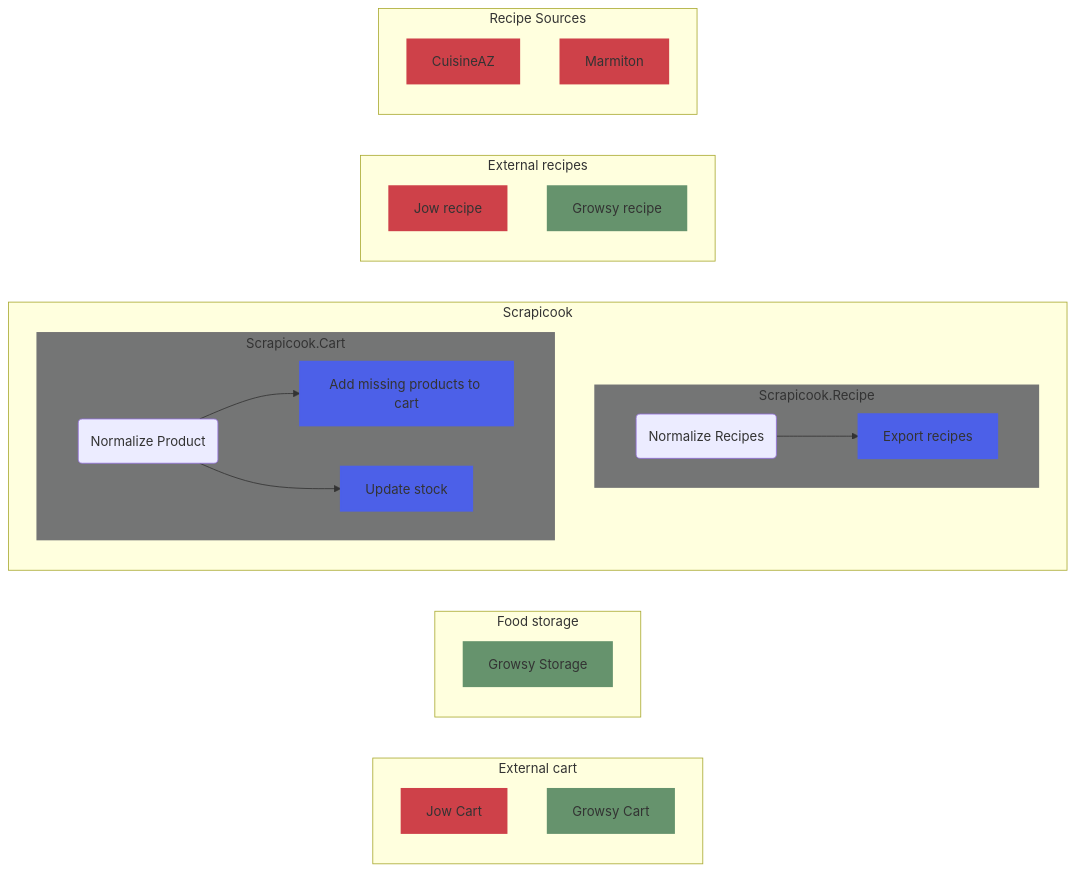
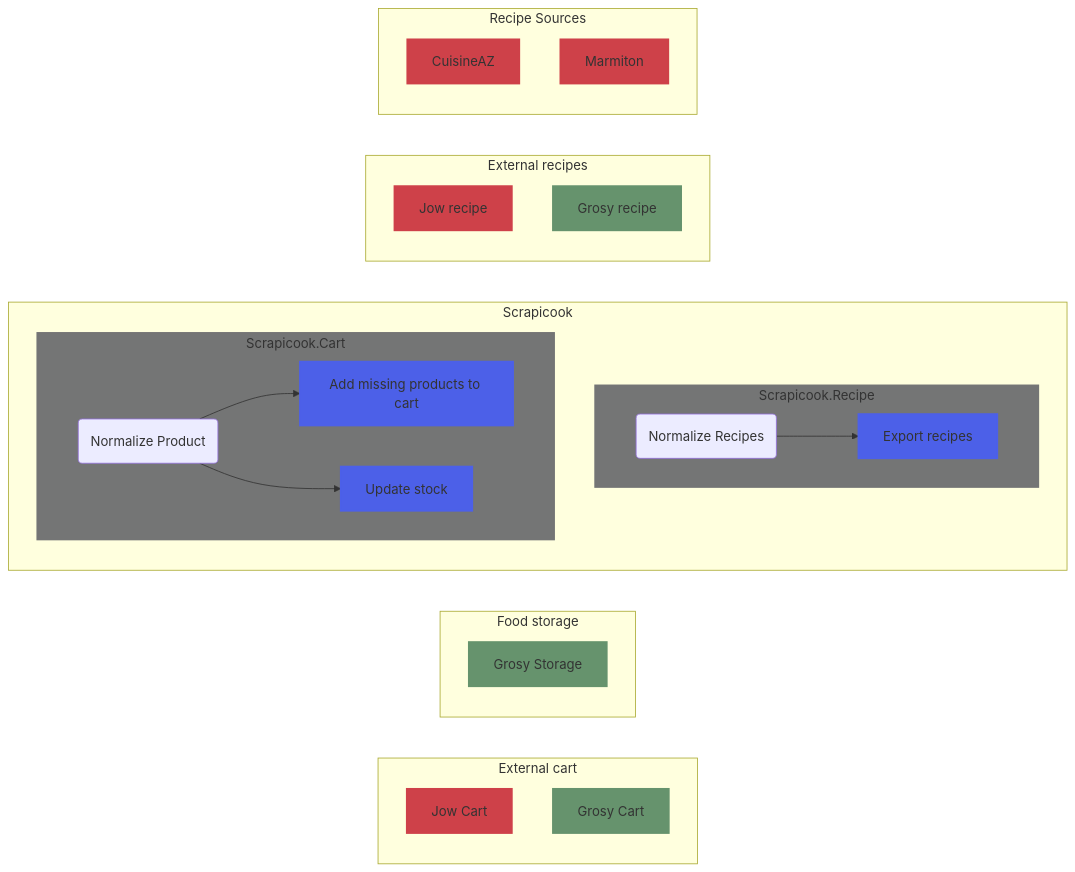
One commit to vincentbattez/Scrapicook changed the first of 5 diagrams in readme.md. Above: the diagram before and after it, drawn with Mermaid. The commit also changed other lines of this file and 39 other files, not shown here.

````diff
--- a/readme.md
+++ b/readme.md
@@ -2,58 +2,58 @@
 ```mermaid
 graph LR
     %% colors
     style Scrapicook.Cart fill:#747575,stroke:#747575,stroke-width:2px
     style Scrapicook.Recipe fill:#747575,stroke:#747575,stroke-width:2px
 
     style ADD_CART fill:#4C60E8,stroke:#4C60E8,stroke-width:2px
     style EXPORT fill:#4C60E8,stroke:#4C60E8,stroke-width:2px
     style UPDATE fill:#4C60E8,stroke:#4C60E8,stroke-width:2px
     
     style JOW_CART fill:#CE4149,stroke:#CE4149,stroke-width:2px
     style JOW_RECIPE fill:#CE4149,stroke:#CE4149,stroke-width:2px
     
     style CAZ fill:#CE4149,stroke:#CE4149,stroke-width:2px
     style MAR fill:#CE4149,stroke:#CE4149,stroke-width:2px
     
     style GSY_CART fill:#66936D,stroke:#66936D,stroke-width:2px
     style GSY_STOCK fill:#66936D,stroke:#66936D,stroke-width:2px
     style GSY_RECIPE fill:#66936D,stroke:#66936D,stroke-width:2px
 
     %% subgraph
     
     subgraph External cart
-        GSY_CART[Growsy Cart]
+        GSY_CART[Grosy Cart]
         JOW_CART[Jow Cart]
     end
     subgraph Food storage
-        GSY_STOCK[Growsy Storage]
+        GSY_STOCK[Grosy Storage]
     end
 
     subgraph Scrapicook
         subgraph Scrapicook.Recipe
             NORMALIZE_RECIPE(Normalize Recipes)
             EXPORT[Export recipes]
         end
 
         subgraph Scrapicook.Cart
             NORMALIZE(Normalize Product)
             ADD_CART[Add missing products to cart]
             UPDATE[Update stock]
         end
     end
 
     subgraph External_recipe[External recipes]
-        GSY_RECIPE[Growsy recipe]
+        GSY_RECIPE[Grosy recipe]
         JOW_RECIPE[Jow recipe]
     end
 
 
     subgraph Recipe Sources
         CAZ[CuisineAZ]
         MAR[Marmiton]
     end
     
     NORMALIZE --> ADD_CART
     NORMALIZE --> UPDATE
     NORMALIZE_RECIPE --> EXPORT
 ```
````
